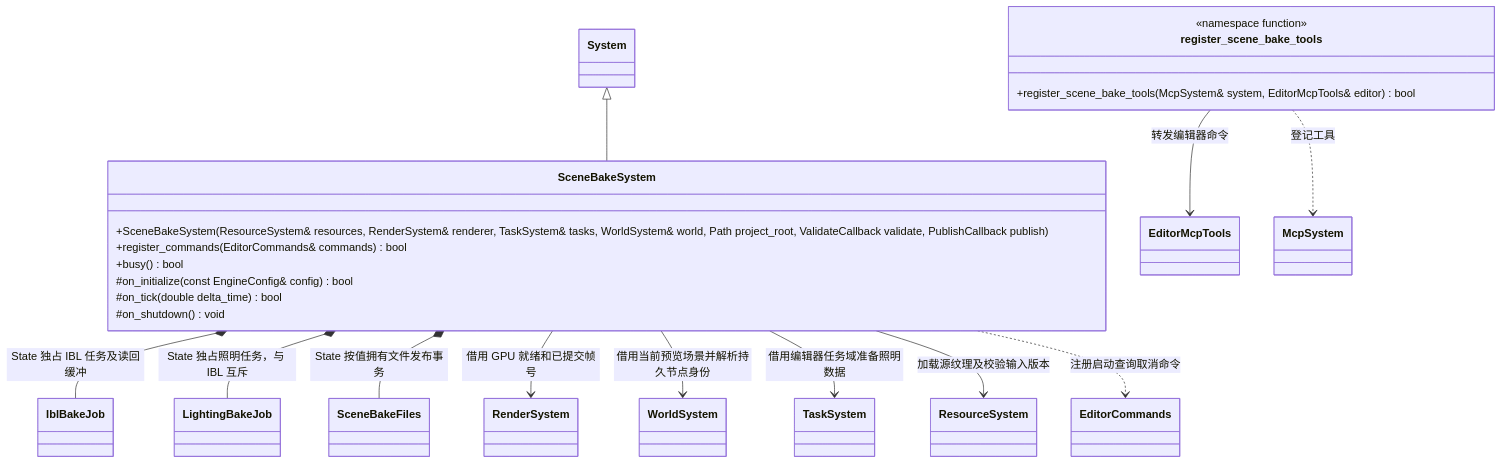
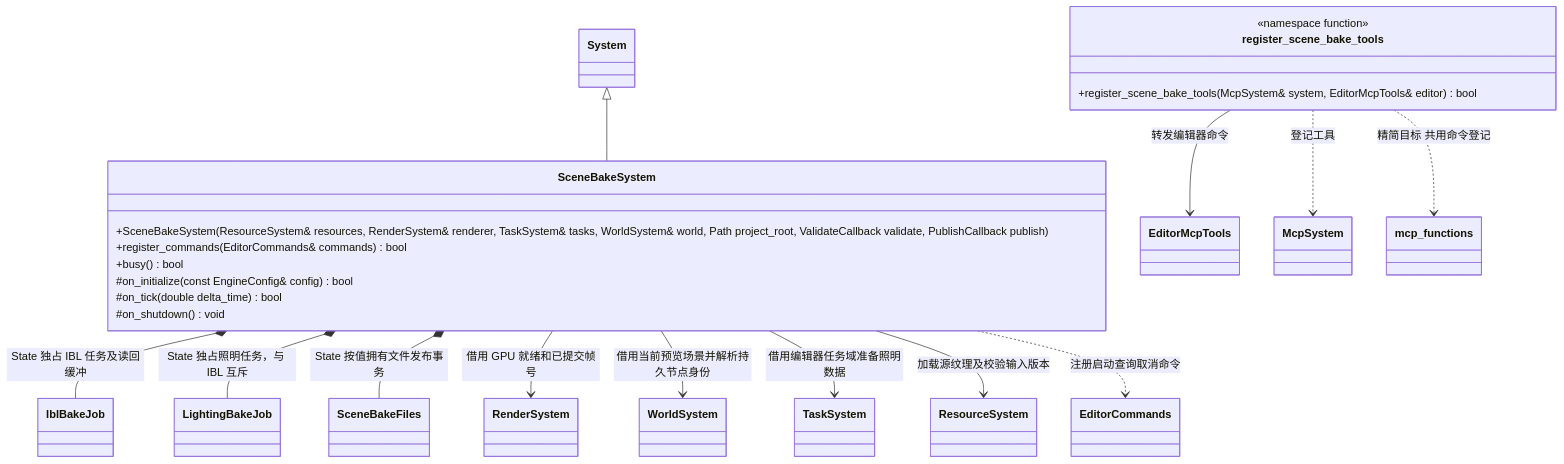
Before and after one commit to lcals/Engine: the first of 3 diagrams in docs/plugins/editor/class-diagrams/scene-bake.md, drawn with Mermaid. The commit also changed other lines of this file and 133 other files, not shown here.

Commit message:
Simplify engine implementations under reviewed class diagrams

````diff
--- a/docs/plugins/editor/class-diagrams/scene-bake.md
+++ b/docs/plugins/editor/class-diagrams/scene-bake.md
@@ -5,37 +5,39 @@
 ```mermaid
 classDiagram
     class SceneBakeSystem {
         +SceneBakeSystem(ResourceSystem& resources, RenderSystem& renderer, TaskSystem& tasks, WorldSystem& world, Path project_root, ValidateCallback validate, PublishCallback publish)
         +register_commands(EditorCommands& commands) bool
         +busy() bool
         #on_initialize(const EngineConfig& config) bool
         #on_tick(double delta_time) bool
         #on_shutdown() void
     }
     class IblBakeJob
     class LightingBakeJob
     class SceneBakeFiles
     class register_scene_bake_tools {
         <<namespace function>>
         +register_scene_bake_tools(McpSystem& system, EditorMcpTools& editor) bool
     }
     class System
     class RenderSystem
     class ResourceSystem
     class TaskSystem
     class WorldSystem
     class EditorCommands
     class EditorMcpTools
     class McpSystem
     System <|-- SceneBakeSystem
     SceneBakeSystem *-- IblBakeJob : State 独占 IBL 任务及读回缓冲
     SceneBakeSystem *-- LightingBakeJob : State 独占照明任务，与 IBL 互斥
     SceneBakeSystem *-- SceneBakeFiles : State 按值拥有文件发布事务
     SceneBakeSystem --> RenderSystem : 借用 GPU 就绪和已提交帧号
     SceneBakeSystem --> WorldSystem : 借用当前预览场景并解析持久节点身份
     SceneBakeSystem --> TaskSystem : 借用编辑器任务域准备照明数据
     SceneBakeSystem --> ResourceSystem : 加载源纹理及校验输入版本
     SceneBakeSystem ..> EditorCommands : 注册启动查询取消命令
     register_scene_bake_tools --> EditorMcpTools : 转发编辑器命令
     register_scene_bake_tools ..> McpSystem : 登记工具
+    class mcp_functions
+    register_scene_bake_tools ..> mcp_functions : 精简目标 共用命令登记
 ```
````
